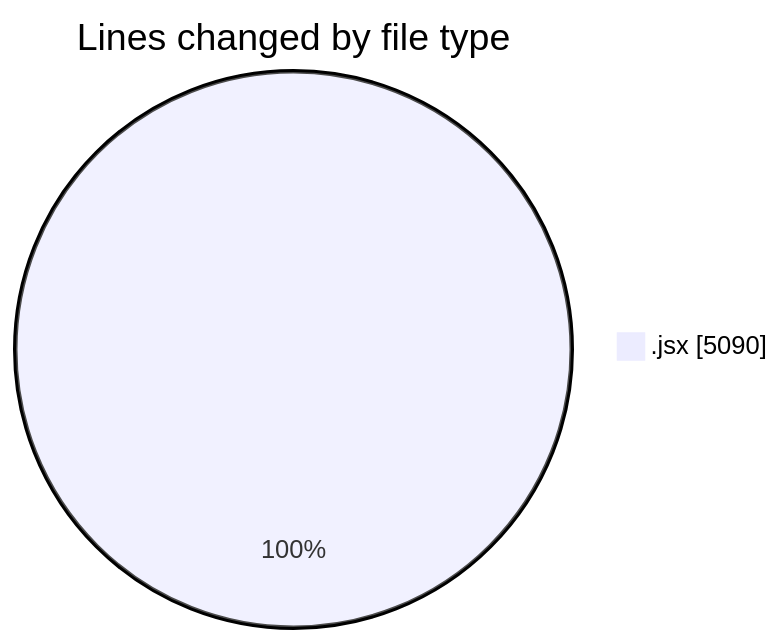
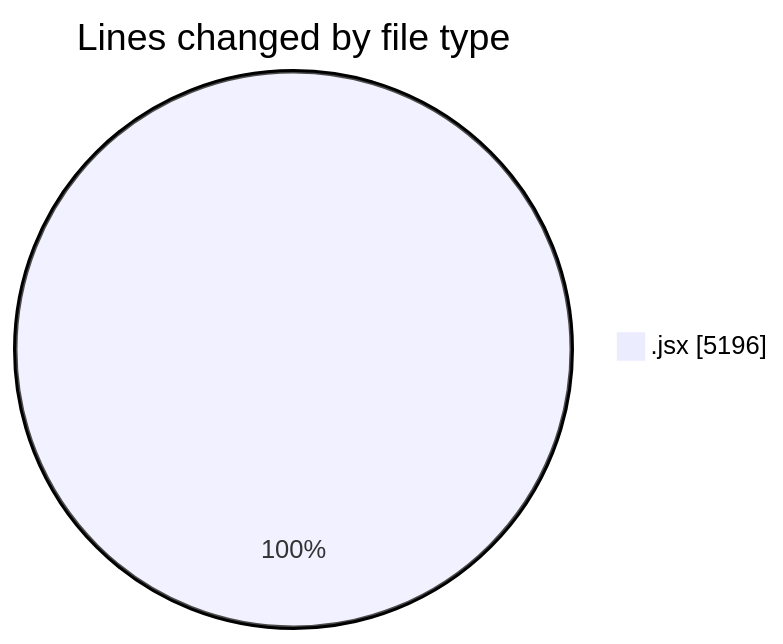
One commit to nxtqubesakshisongat/code-tracking changed the first of 2 diagrams in 2025-07-08/argos/README.md. Above: the diagram before and after it, drawn with Mermaid. The commit also changed other lines of this file and 1 other file, not shown here.

````diff
--- a/2025-07-08/argos/README.md
+++ b/2025-07-08/argos/README.md
@@ -26,5 +26,5 @@
 ```mermaid
 pie showData
 title Lines changed by file type
-".jsx" : 5090
+".jsx" : 5196
 ```
````
